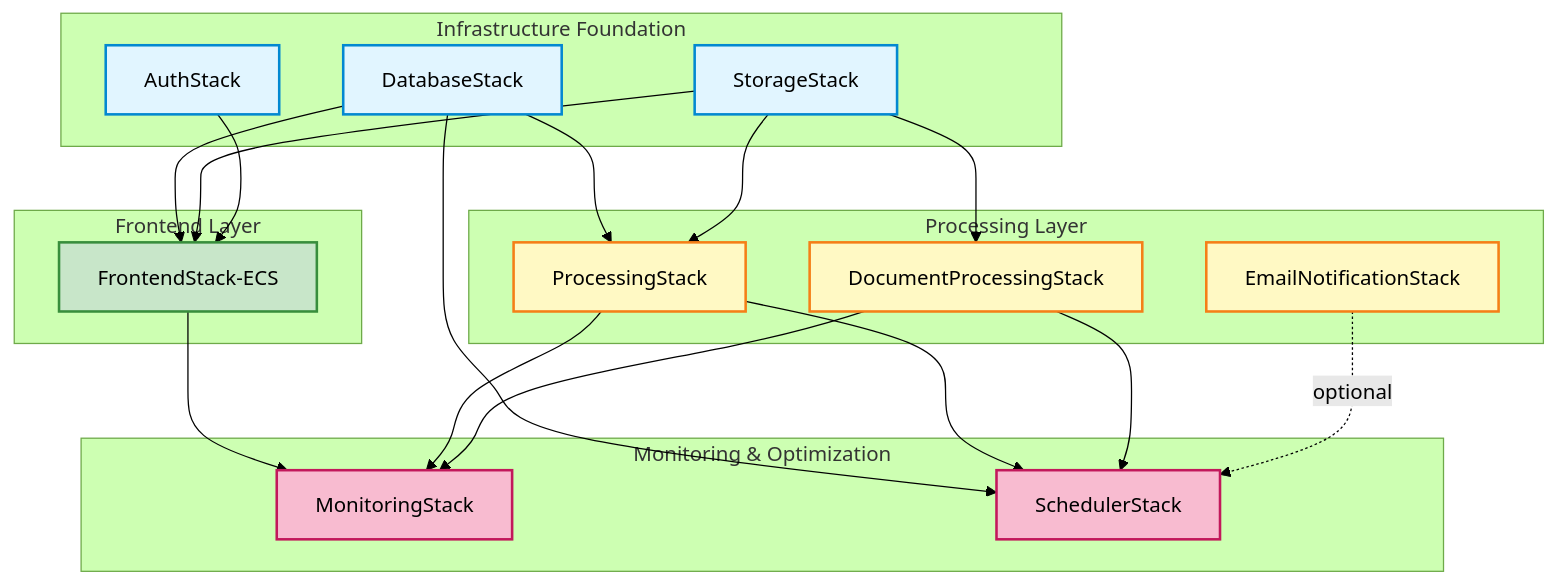
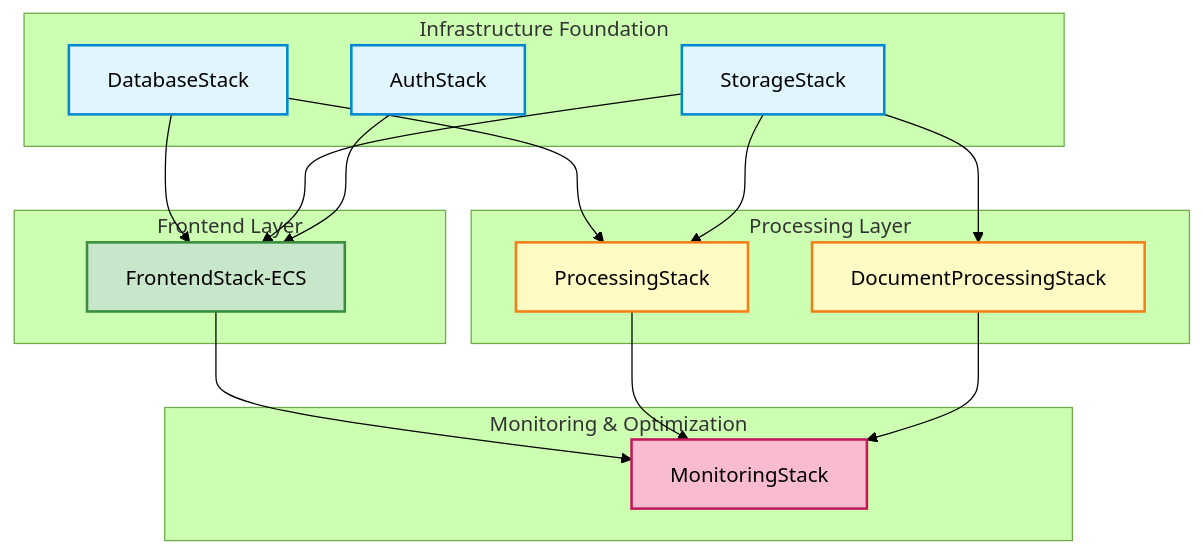
One commit to psd401/aistudio changed the first of 2 diagrams in docs/diagrams/01-cdk-stack-dependencies.md. Above: the diagram before and after it, drawn with Mermaid (forest theme). The commit also changed other lines of this file and 8 other files, not shown here.

````diff
--- a/docs/diagrams/01-cdk-stack-dependencies.md
+++ b/docs/diagrams/01-cdk-stack-dependencies.md
@@ -7,53 +7,45 @@
 ```mermaid
 graph TB
     subgraph "Infrastructure Foundation"
         DB[DatabaseStack]
         AUTH[AuthStack]
         STORAGE[StorageStack]
     end
 
     subgraph "Processing Layer"
         PROC[ProcessingStack]
         DOCPROC[DocumentProcessingStack]
-        EMAIL[EmailNotificationStack]
     end
 
     subgraph "Frontend Layer"
         FE[FrontendStack-ECS]
     end
 
     subgraph "Monitoring & Optimization"
         MON[MonitoringStack]
-        SCHED[SchedulerStack]
     end
 
     %% Dependencies
     DB --> PROC
     DB --> FE
-    DB --> SCHED
 
     STORAGE --> PROC
     STORAGE --> DOCPROC
     STORAGE --> FE
 
     AUTH --> FE
 
-    PROC --> SCHED
-    DOCPROC --> SCHED
-
     FE --> MON
     PROC --> MON
     DOCPROC --> MON
-
-    EMAIL -.optional.-> SCHED
 
     classDef foundation fill:#e1f5ff,stroke:#0288d1,stroke-width:2px
     classDef processing fill:#fff9c4,stroke:#f57f17,stroke-width:2px
     classDef frontend fill:#c8e6c9,stroke:#388e3c,stroke-width:2px
     classDef monitoring fill:#f8bbd0,stroke:#c2185b,stroke-width:2px
 
     class DB,AUTH,STORAGE foundation
-    class PROC,DOCPROC,EMAIL processing
+    class PROC,DOCPROC processing
     class FE frontend
-    class MON,SCHED monitoring
+    class MON monitoring
 ```
````
